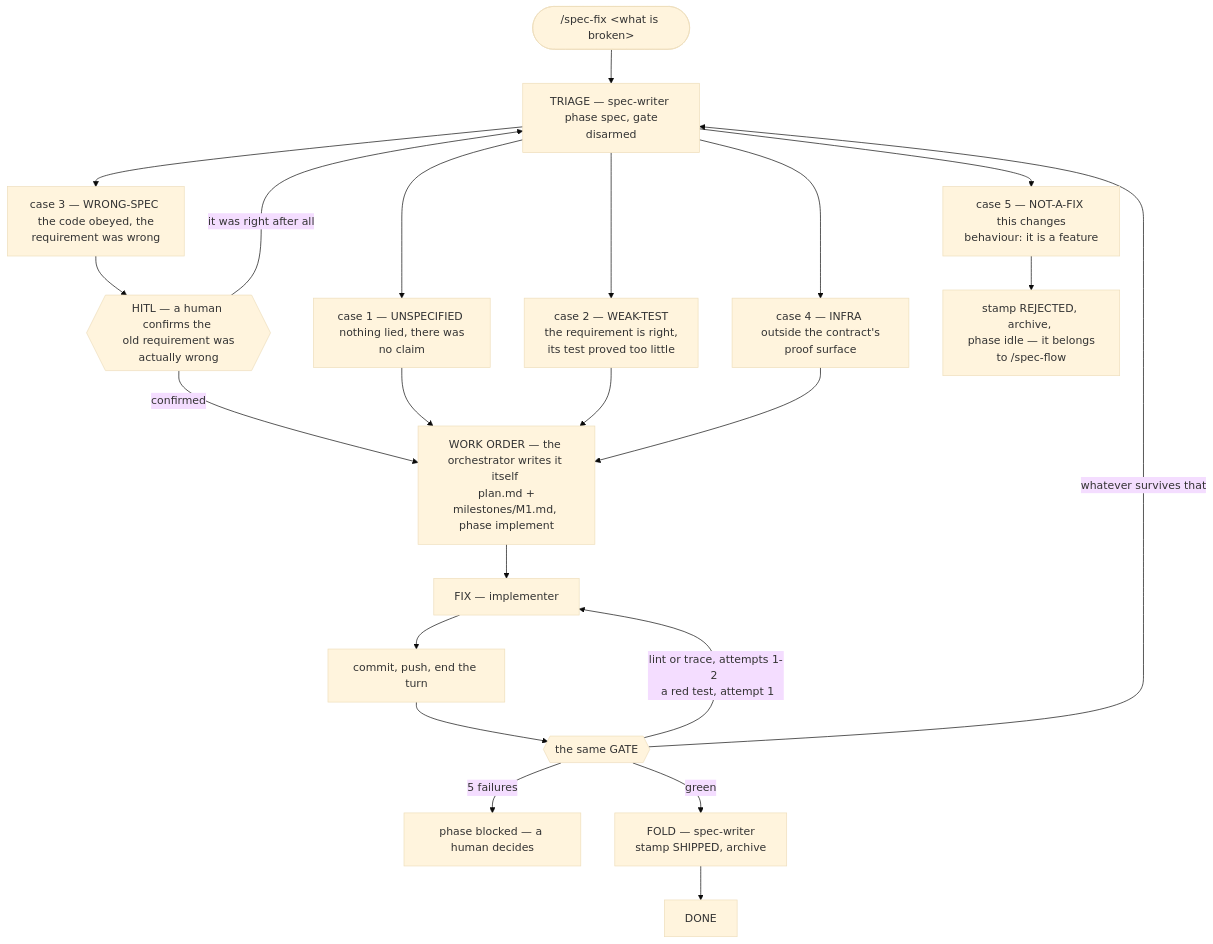
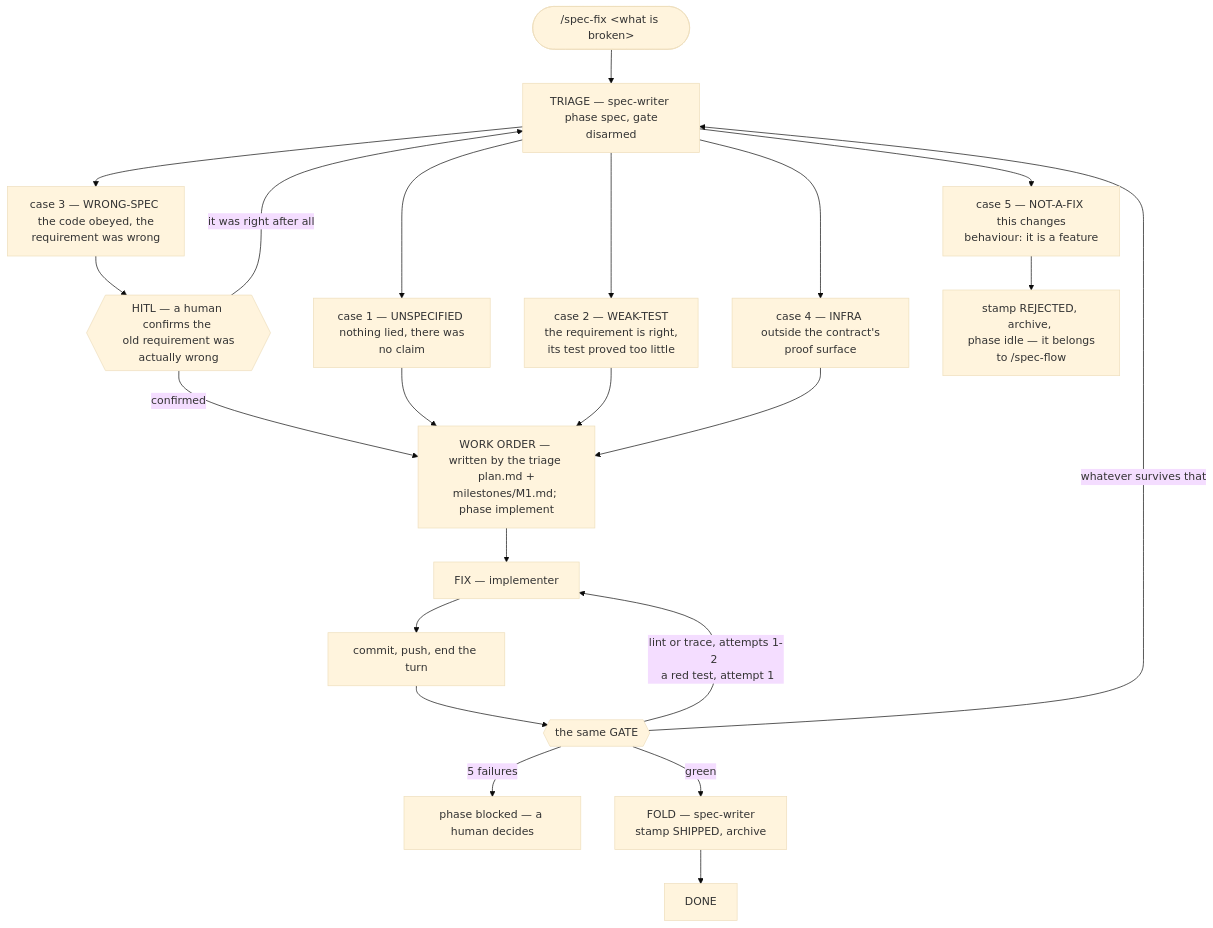
Before and after one commit to IgnacioMarin402/spec-flow-plugin: the second of 3 diagrams in REFERENCE.md, drawn with Mermaid (base theme). The commit also changed 9 other files, not shown here.

````diff
--- a/REFERENCE.md
+++ b/REFERENCE.md
@@ -518,25 +518,25 @@
 ```mermaid
 flowchart TD
     A(["/spec-fix &lt;what is broken&gt;"]) --> T["TRIAGE — spec-writer <br/> phase spec, gate disarmed"]
     T --> C1["case 1 — UNSPECIFIED <br/> nothing lied, there was no claim"]
     T --> C2["case 2 — WEAK-TEST <br/> the requirement is right, <br/> its test proved too little"]
     T --> C3["case 3 — WRONG-SPEC <br/> the code obeyed, the requirement was wrong"]
     T --> C4["case 4 — INFRA <br/> outside the contract's proof surface"]
     T --> C5["case 5 — NOT-A-FIX <br/> this changes behaviour: it is a feature"]
     C3 --> H{{"HITL — a human confirms the <br/> old requirement was actually wrong"}}
     C5 --> REJ["stamp REJECTED, archive, <br/> phase idle — it belongs to /spec-flow"]
     H -->|"confirmed"| W
     H -->|"it was right after all"| T
     C1 --> W
     C2 --> W
     C4 --> W
-    W["WORK ORDER — the orchestrator writes it itself <br/> plan.md + milestones/M1.md, phase implement"]
+    W["WORK ORDER — written by the triage <br/> plan.md + milestones/M1.md; phase implement"]
     W --> I["FIX — implementer"]
     I --> CM["commit, push, end the turn"]
     CM --> G{{"the same GATE"}}
     G -->|"lint or trace, attempts 1-2 <br/> a red test, attempt 1"| I
     G -->|"whatever survives that"| T
     G -->|"5 failures"| BLK["phase blocked — a human decides"]
     G -->|"green"| F["FOLD — spec-writer <br/> stamp SHIPPED, archive"]
     F --> D["DONE"]
 ```
````
